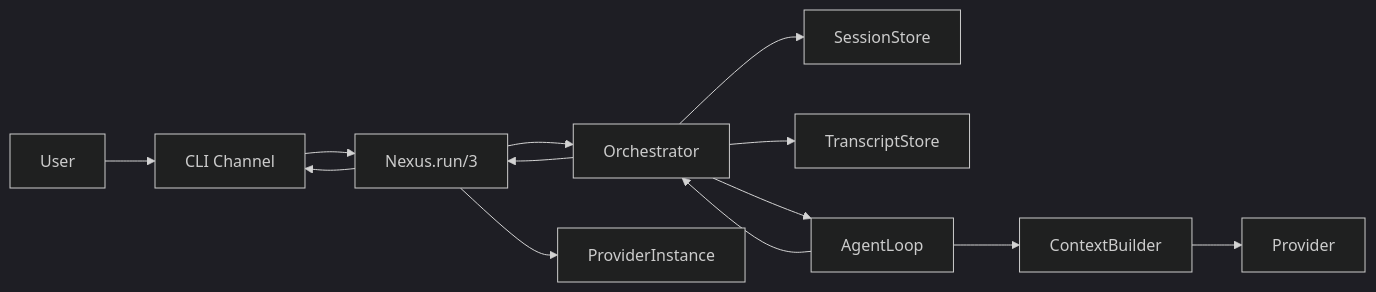
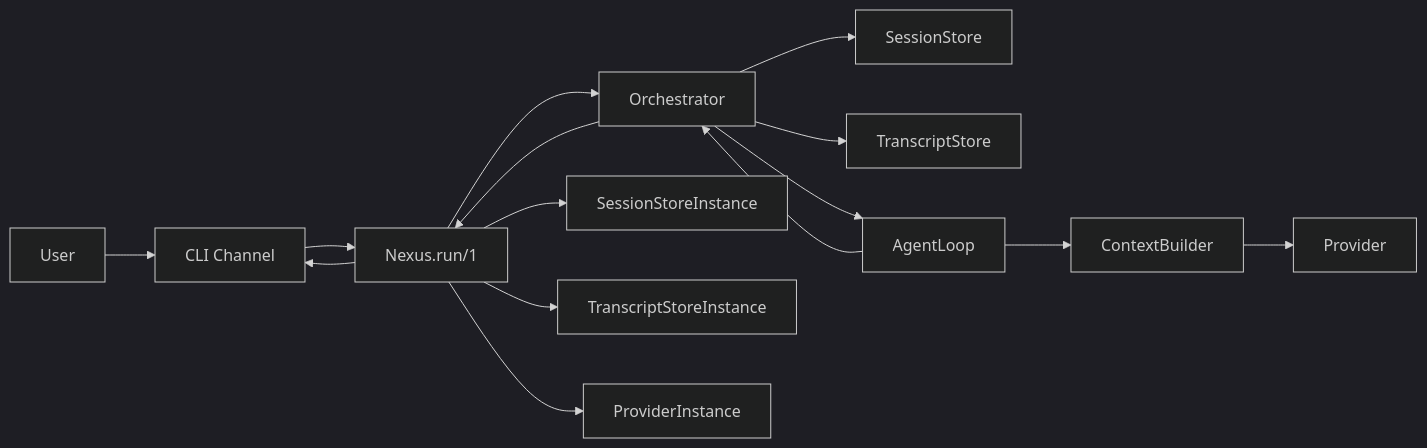
One commit to 0xc14m1z/nexus changed the diagram in README.md. Above: the diagram before and after it, drawn with Mermaid (dark theme). The commit also changed other lines of this file and 21 other files, not shown here.

````diff
--- a/README.md
+++ b/README.md
@@ -33,15 +33,17 @@
 ```mermaid
 flowchart LR
     User --> CLI[CLI Channel]
-    CLI --> NexusRun[Nexus.run/3]
+    CLI --> NexusRun[Nexus.run/1]
     NexusRun --> Orchestrator
+    NexusRun --> SessionStoreInstance
+    NexusRun --> TranscriptStoreInstance
+    NexusRun --> ProviderInstance
     Orchestrator --> SessionStore
     Orchestrator --> TranscriptStore
-    NexusRun --> ProviderInstance
     Orchestrator --> AgentLoop
     AgentLoop --> ContextBuilder
     ContextBuilder --> Provider
     AgentLoop --> Orchestrator
     Orchestrator --> NexusRun
     NexusRun --> CLI
 ```
````
